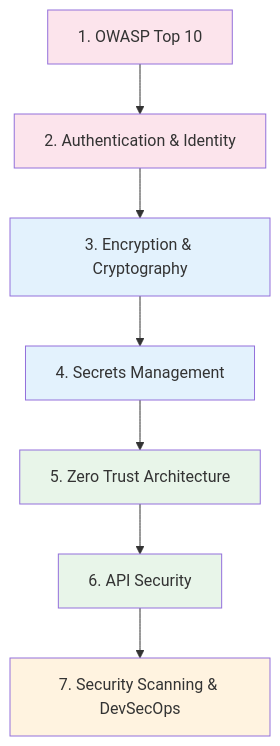
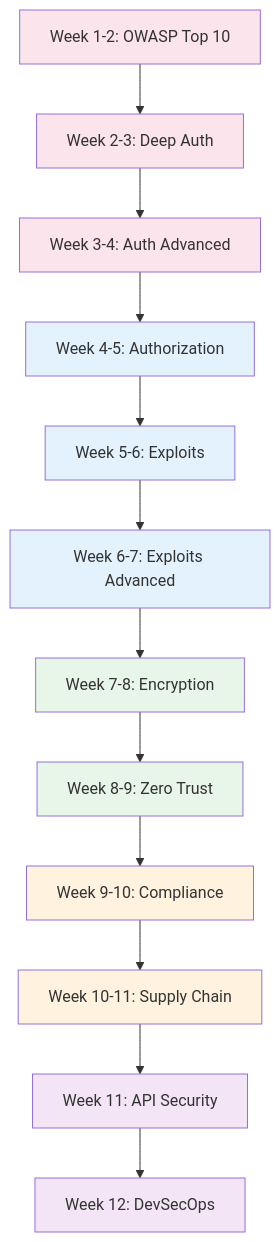
Before and after one commit to ayush-jadaun/knowledge-vault: the diagram in docs/learning-paths/security-engineer.md, drawn with Mermaid. The commit also changed other lines of this file and 143 other files, not shown here.

````diff
--- a/docs/learning-paths/security-engineer.md
+++ b/docs/learning-paths/security-engineer.md
@@ -17,17 +32,27 @@
 ```mermaid
 graph TD
-    S1[1. OWASP Top 10] --> S2[2. Authentication & Identity]
-    S2 --> S3[3. Encryption & Cryptography]
-    S3 --> S4[4. Secrets Management]
-    S4 --> S5[5. Zero Trust Architecture]
-    S5 --> S6[6. API Security]
-    S6 --> S7[7. Security Scanning & DevSecOps]
+    S1["Week 1-2: OWASP Top 10"] --> S2["Week 2-3: Deep Auth"]
+    S2 --> S3["Week 3-4: Auth Advanced"]
+    S3 --> S4["Week 4-5: Authorization"]
+    S4 --> S5["Week 5-6: Exploits"]
+    S5 --> S6["Week 6-7: Exploits Advanced"]
+    S6 --> S7["Week 7-8: Encryption"]
+    S7 --> S8["Week 8-9: Zero Trust"]
+    S8 --> S9["Week 9-10: Compliance"]
+    S9 --> S10["Week 10-11: Supply Chain"]
+    S10 --> S11["Week 11: API Security"]
+    S11 --> S12["Week 12: DevSecOps"]
 
     style S1 fill:#fce4ec
     style S2 fill:#fce4ec
-    style S3 fill:#e3f2fd
+    style S3 fill:#fce4ec
     style S4 fill:#e3f2fd
-    style S5 fill:#e8f5e9
-    style S6 fill:#e8f5e9
-    style S7 fill:#fff3e0
+    style S5 fill:#e3f2fd
+    style S6 fill:#e3f2fd
+    style S7 fill:#e8f5e9
+    style S8 fill:#e8f5e9
+    style S9 fill:#fff3e0
+    style S10 fill:#fff3e0
+    style S11 fill:#f3e5f5
+    style S12 fill:#f3e5f5
 ```
````
